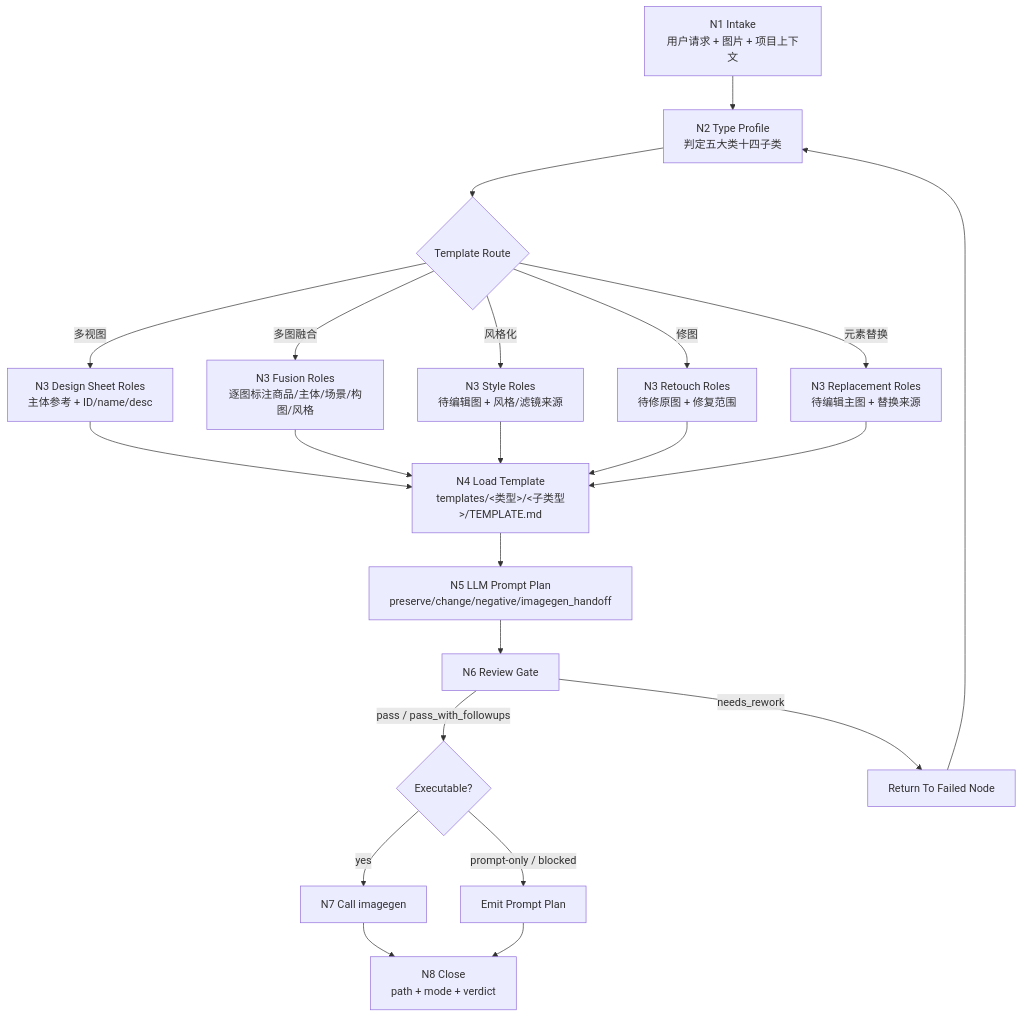
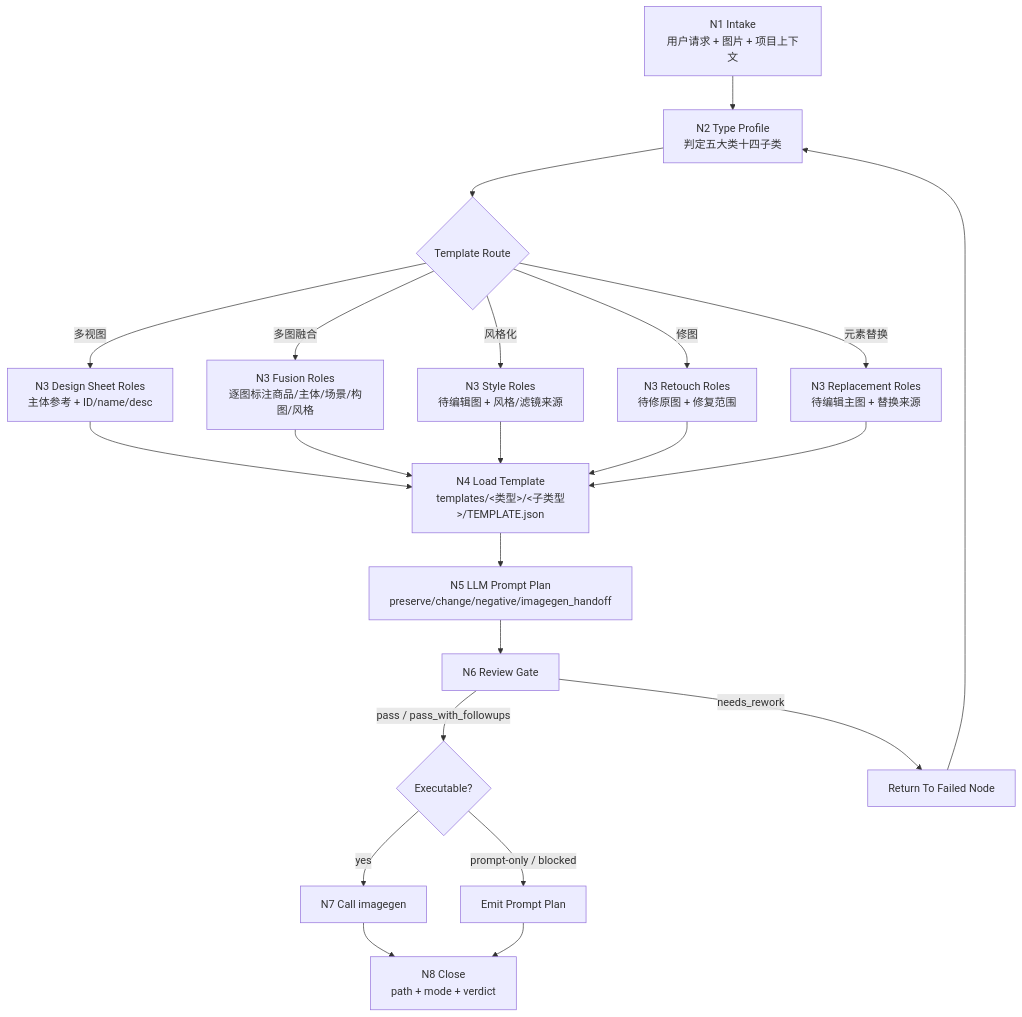
The first of 2 diagrams in .agents/skills/photoGPT/steps/execution-workflow.md (ZEN-VOID/AI-CUT), drawn with Mermaid before and after one commit. The commit also changed other lines of this file and 118 other files, not shown here.

````diff
--- a/.agents/skills/photoGPT/steps/execution-workflow.md
+++ b/.agents/skills/photoGPT/steps/execution-workflow.md
@@ -7,24 +7,24 @@
 ```mermaid
 flowchart TD
     A["N1 Intake<br/>用户请求 + 图片 + 项目上下文"] --> B["N2 Type Profile<br/>判定五大类十四子类"]
     B --> C{"Template Route"}
     C -->|"多视图"| D["N3 Design Sheet Roles<br/>主体参考 + ID/name/desc"]
     C -->|"多图融合"| E["N3 Fusion Roles<br/>逐图标注商品/主体/场景/构图/风格"]
     C -->|"风格化"| F["N3 Style Roles<br/>待编辑图 + 风格/滤镜来源"]
     C -->|"修图"| G["N3 Retouch Roles<br/>待修原图 + 修复范围"]
     C -->|"元素替换"| H["N3 Replacement Roles<br/>待编辑主图 + 替换来源"]
-    D --> I["N4 Load Template<br/>templates/<类型>/<子类型>/TEMPLATE.md"]
+    D --> I["N4 Load Template<br/>templates/<类型>/<子类型>/TEMPLATE.json"]
     E --> I
     F --> I
     G --> I
     H --> I
     I --> J["N5 LLM Prompt Plan<br/>preserve/change/negative/imagegen_handoff"]
     J --> K["N6 Review Gate"]
     K -->|"pass / pass_with_followups"| L{"Executable?"}
     K -->|"needs_rework"| M["Return To Failed Node"]
     L -->|"yes"| N["N7 Call imagegen"]
     L -->|"prompt-only / blocked"| O["Emit Prompt Plan"]
     N --> P["N8 Close<br/>path + mode + verdict"]
     O --> P
     M --> B
 ```
````
